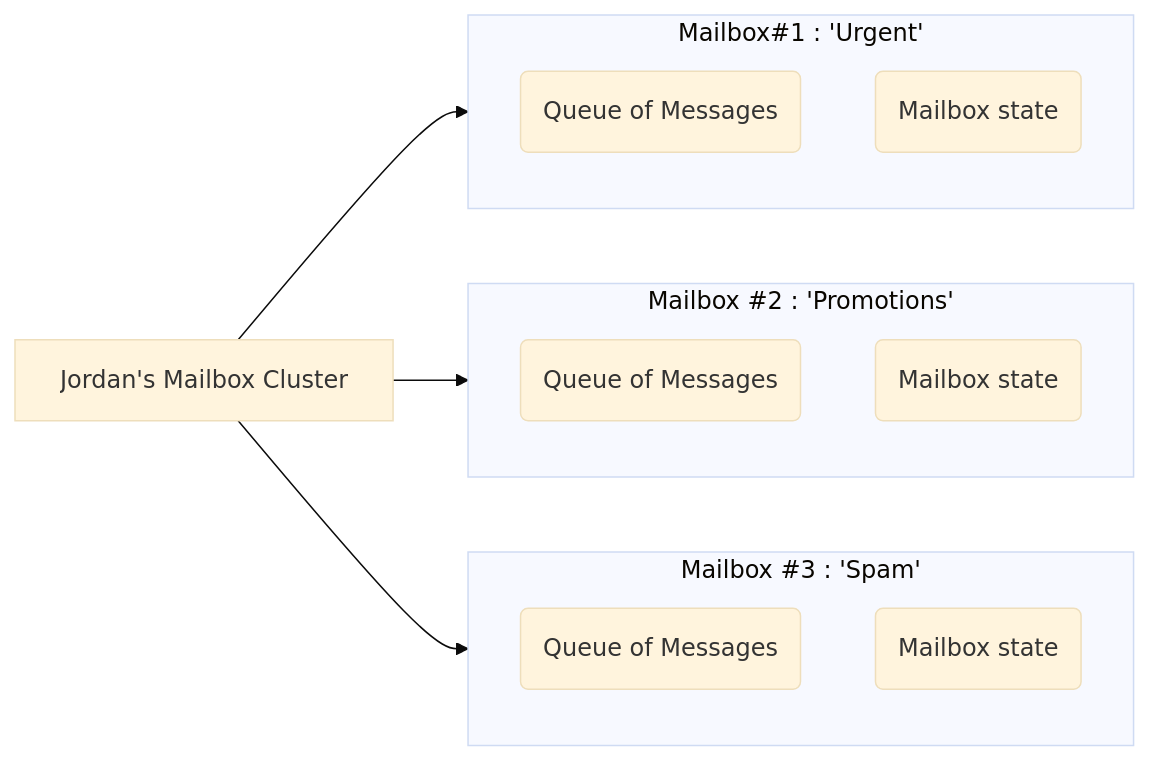
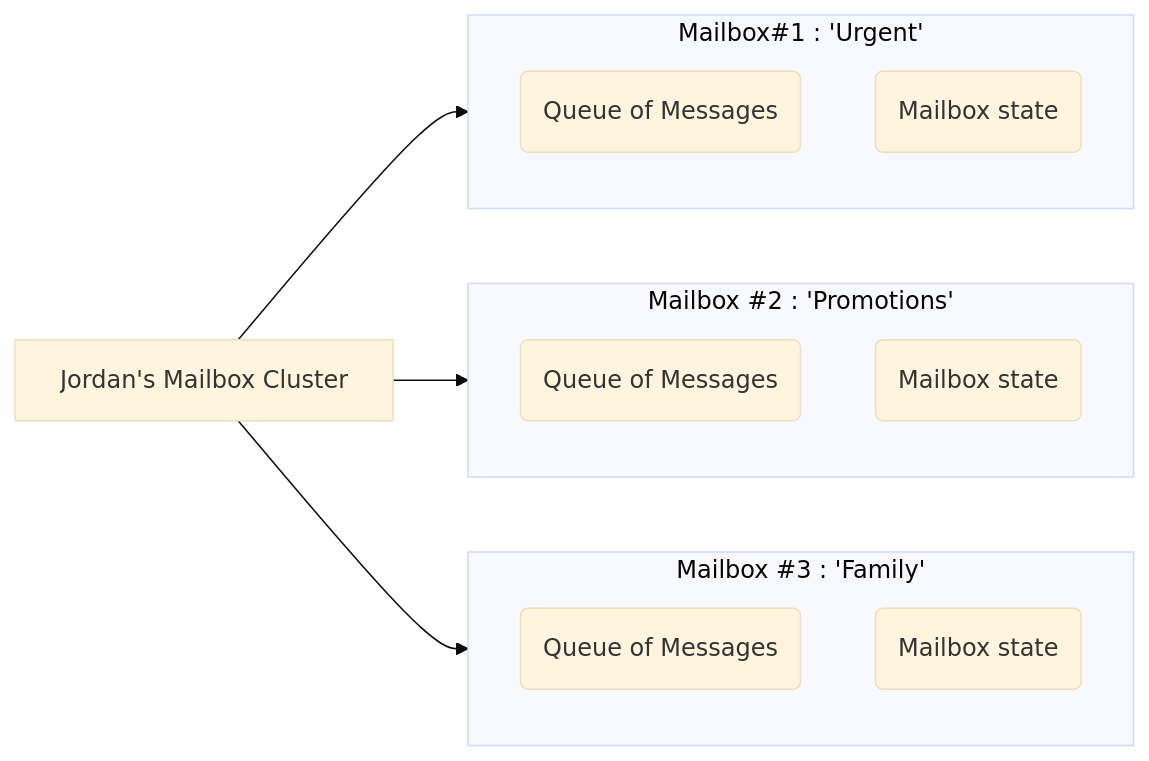
Before and after one commit to anoma/nspec: the diagram in docs/anomian.juvix.md, drawn with Mermaid (base theme). The commit also changed other lines of this file, not shown here.

````diff
--- a/docs/anomian.juvix.md
+++ b/docs/anomian.juvix.md
@@ -434,21 +438,21 @@
 ```mermaid
 graph LR
     MailboxCluster["Jordan's Mailbox Cluster"] --> Mailbox1
     MailboxCluster --> Mailbox2
     MailboxCluster --> Mailbox3
 
     subgraph Mailbox1["Mailbox#1 : 'Urgent'"]
         Queue1("Queue of Messages")
         Data1("Mailbox state")
     end
 
     subgraph Mailbox2["Mailbox #2 : 'Promotions'"]
         Queue2("Queue of Messages")
         Data2("Mailbox state")
     end
 
-    subgraph Mailbox3["Mailbox #3 : 'Spam'"]
+    subgraph Mailbox3["Mailbox #3 : 'Family'"]
         Queue3("Queue of Messages")
         Data3("Mailbox state")
     end
 ```
````
